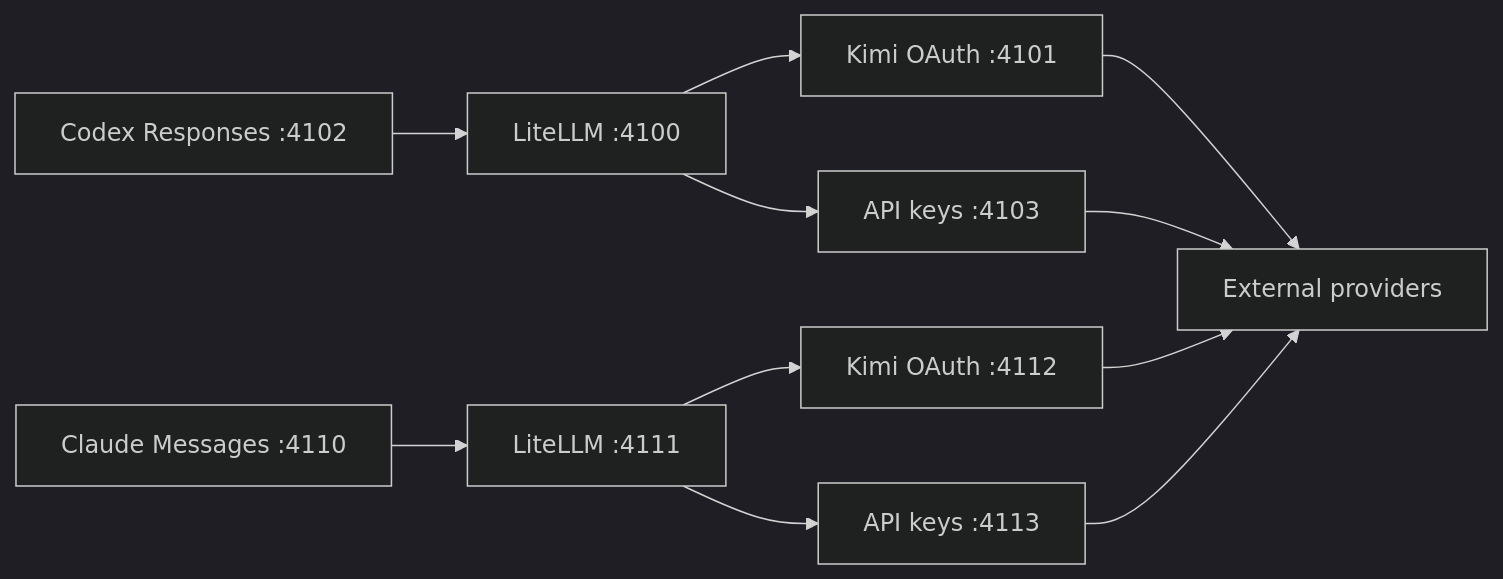
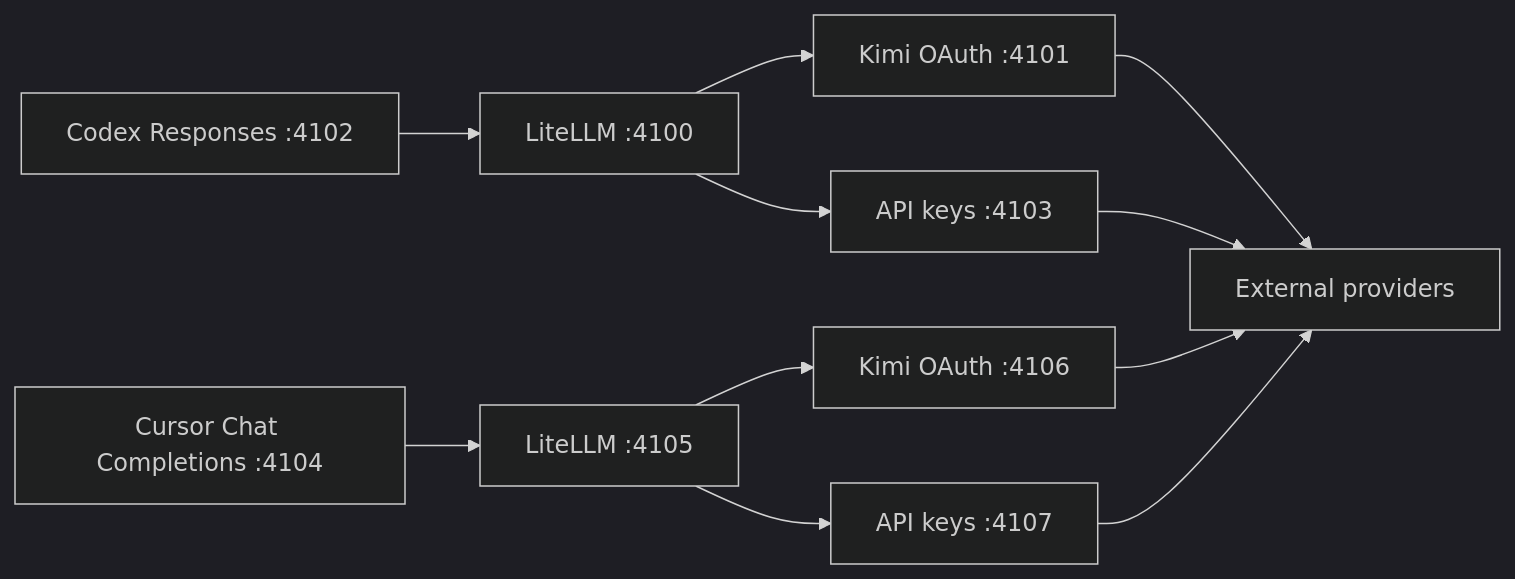
The diagram in README.md (duolahypercho/codex-router), drawn with Mermaid (dark theme) before and after one commit. The commit also changed other lines of this file and 53 other files, not shown here.

````diff
--- a/README.md
+++ b/README.md
@@ -307,13 +258,13 @@
 ```mermaid
 flowchart LR
   C["Codex Responses :4102"] --> L1["LiteLLM :4100"]
-  H["Claude Messages :4110"] --> L2["LiteLLM :4111"]
+  U["Cursor Chat Completions :4104"] --> L2["LiteLLM :4105"]
   L1 --> K1["Kimi OAuth :4101"]
   L1 --> A1["API keys :4103"]
-  L2 --> K2["Kimi OAuth :4112"]
-  L2 --> A2["API keys :4113"]
+  L2 --> K2["Kimi OAuth :4106"]
+  L2 --> A2["API keys :4107"]
   K1 --> P["External providers"]
   A1 --> P
   K2 --> P
   A2 --> P
 ```
````
